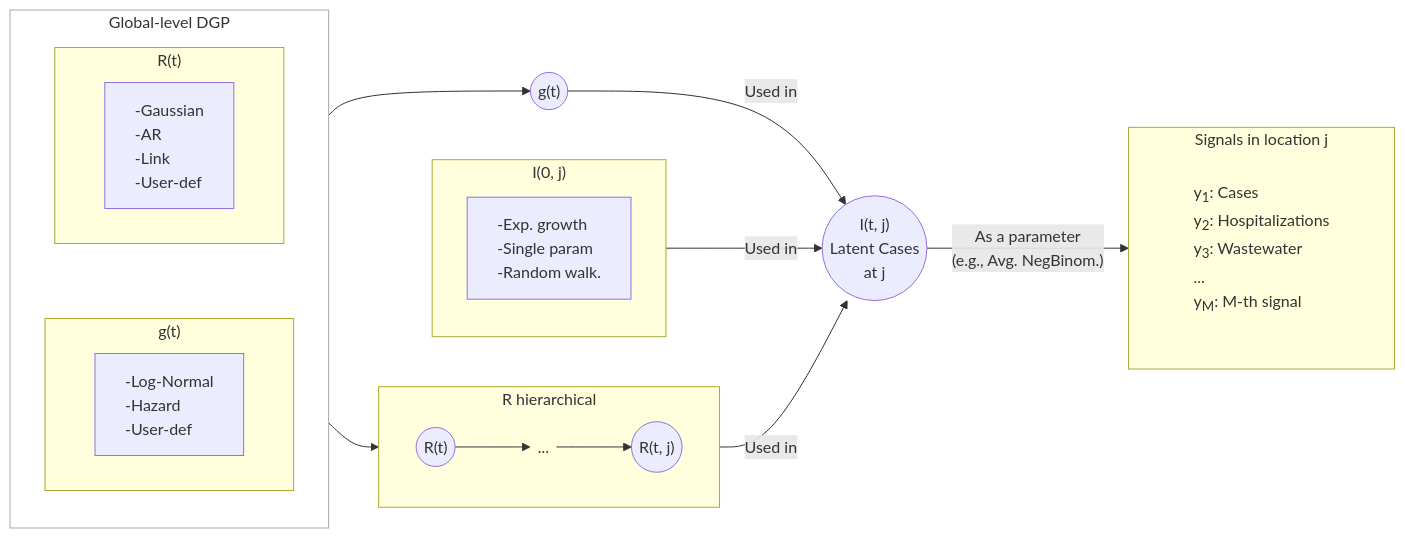
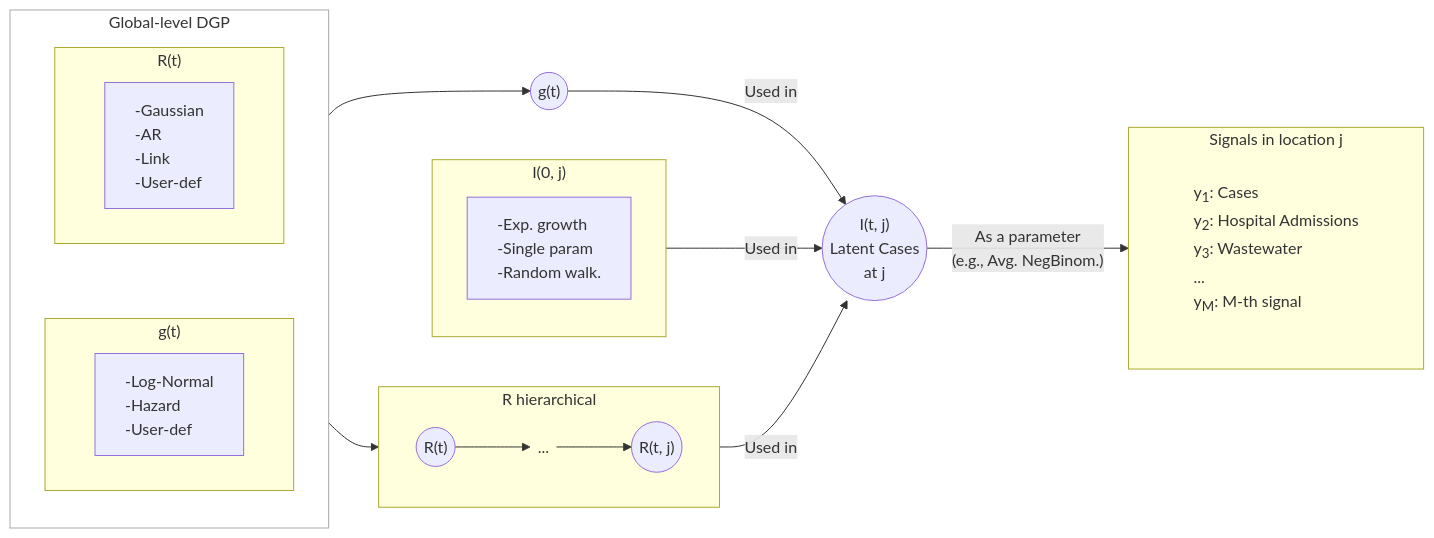
One commit to CDCgov/PyRenew changed the diagram in model/equations.md. Above: the diagram before and after it, drawn with Mermaid. The commit also changed other lines of this file and 14 other files, not shown here.

Commit message:
Hospitalizations to 'hospital admissions (or simply admissions)'

````diff
--- a/model/equations.md
+++ b/model/equations.md
@@ -175,61 +175,61 @@
 ```{mermaid}
 flowchart LR
 
   %% Global level DGP ----------------------------------------------------------
   subgraph dgp_global["Global-level DGP"]
 
     direction TB
 
     subgraph rt["R(t)"]
       rt_elements["-Gaussian\n-AR\n-Link\n-User-def"]
     end
     style rt_elements text-align:left
 
     subgraph gt["g(t)"]
       gt_elements["-Log-Normal\n-Hazard\n-User-def"]
     end
     style gt_elements text-align:left
 
   end
   rt ~~~ gt
 
   %% Local level DGP -----------------------------------------------------------
 
   it(("I(t, j)\nLatent Cases\nat j"))
 
   subgraph i0["I(0, j)"]
     i0_elements["-Exp. growth\n-Single param\n-Random walk."]
     style i0_elements text-align:left
   end
 
   subgraph signals["Signals in location j"]
     direction TB
     signals_elements["y<sub>1</sub>: Cases
-    y<sub>2</sub>: Hospitalizations
+    y<sub>2</sub>: Hospital Admissions
     y<sub>3</sub>: Wastewater
     ...
     y<sub>M</sub>: M-th signal"]
   end
   style signals_elements stroke-width:0px,fill:transparent,text-align:left;
   it --> |"As a parameter\n(e.g., Avg. NegBinom.)"| signals
   i0 --> |Used in| it
 
   %% Rt hierarchical process
   subgraph Rt_local["R hierarchical"]
 
     direction LR
 
     Rt(("R(t)")) --> Rtdots(("..."))
     Rtdots --> Rtj(("R(t, j)"))
     style Rtdots fill:transparent,stroke:transparent
   end
 
   dgp_global --> Rt_local
   dgp_global --> gt_local(("g(t)"))
 
   Rt_local --> |Used in| it
   gt_local --> |Used in| it
 
   classDef transparentClass fill:transparent,stroke:darkgray;
   class dgp_global,dgp_local_j transparentClass;
 ```
````
